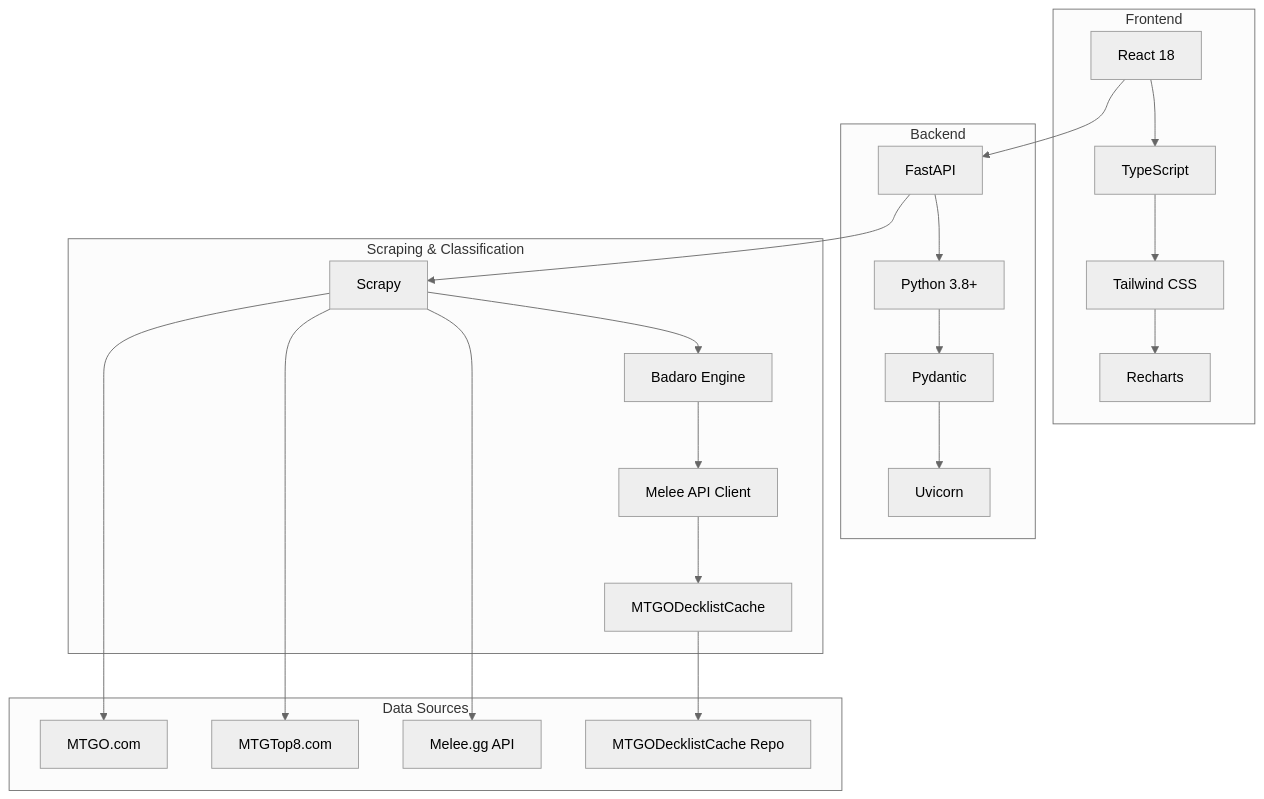
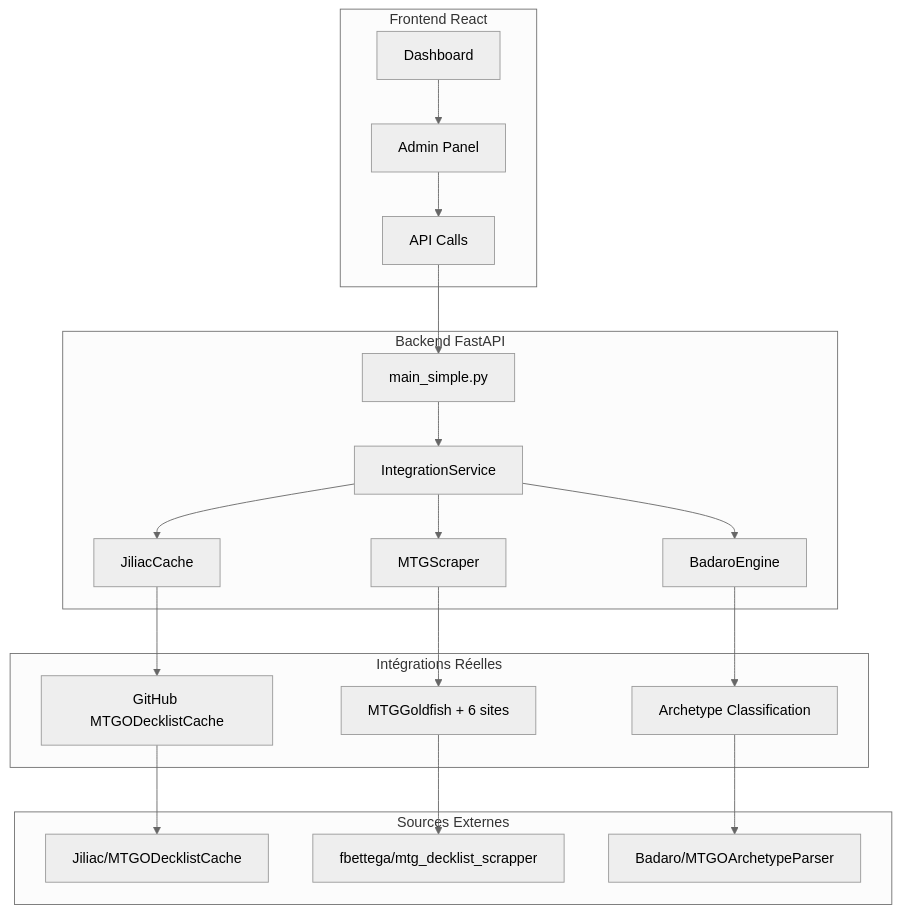
Before and after one commit to gbordes77/Metalyzr: the diagram in README.md, drawn with Mermaid (neutral theme). The commit also changed other lines of this file and 17 other files, not shown here.

First line of the commit message:
🚀 Intégrations Réelles - MVP v2.0

````diff
--- a/README.md
+++ b/README.md
@@ -40,34 +75,31 @@
 ```mermaid
 graph TB
-    subgraph "Frontend"
-        A[React 18] --> B[TypeScript]
-        B --> C[Tailwind CSS]
-        C --> D[Recharts]
+    subgraph "Frontend React"
+        A[Dashboard] --> B[Admin Panel]
+        B --> C[API Calls]
     end
     
-    subgraph "Backend"
-        E[FastAPI] --> F[Python 3.8+]
-        F --> G[Pydantic]
-        G --> H[Uvicorn]
+    subgraph "Backend FastAPI"
+        D[main_simple.py] --> E[IntegrationService]
+        E --> F[JiliacCache]
+        E --> G[MTGScraper] 
+        E --> H[BadaroEngine]
     end
     
-    subgraph "Scraping & Classification"
-        I[Scrapy] --> J[Badaro Engine]
-        J --> K[Melee API Client]
-        K --> L[MTGODecklistCache]
+    subgraph "Intégrations Réelles"
+        F --> I[GitHub MTGODecklistCache]
+        G --> J[MTGGoldfish + 6 sites]
+        H --> K[Archetype Classification]
     end
     
-    subgraph "Data Sources"
-        M[Melee.gg API]
-        N[MTGTop8.com]
-        O[MTGO.com]
-        P[MTGODecklistCache Repo]
+    subgraph "Sources Externes"
+        L[Jiliac/MTGODecklistCache]
+        M[fbettega/mtg_decklist_scrapper]  
+        N[Badaro/MTGOArchetypeParser]
     end
     
-    A --> E
-    E --> I
-    I --> M
-    I --> N
-    I --> O
-    L --> P
+    C --> D
+    I --> L
+    J --> M
+    K --> N
 ```
````
